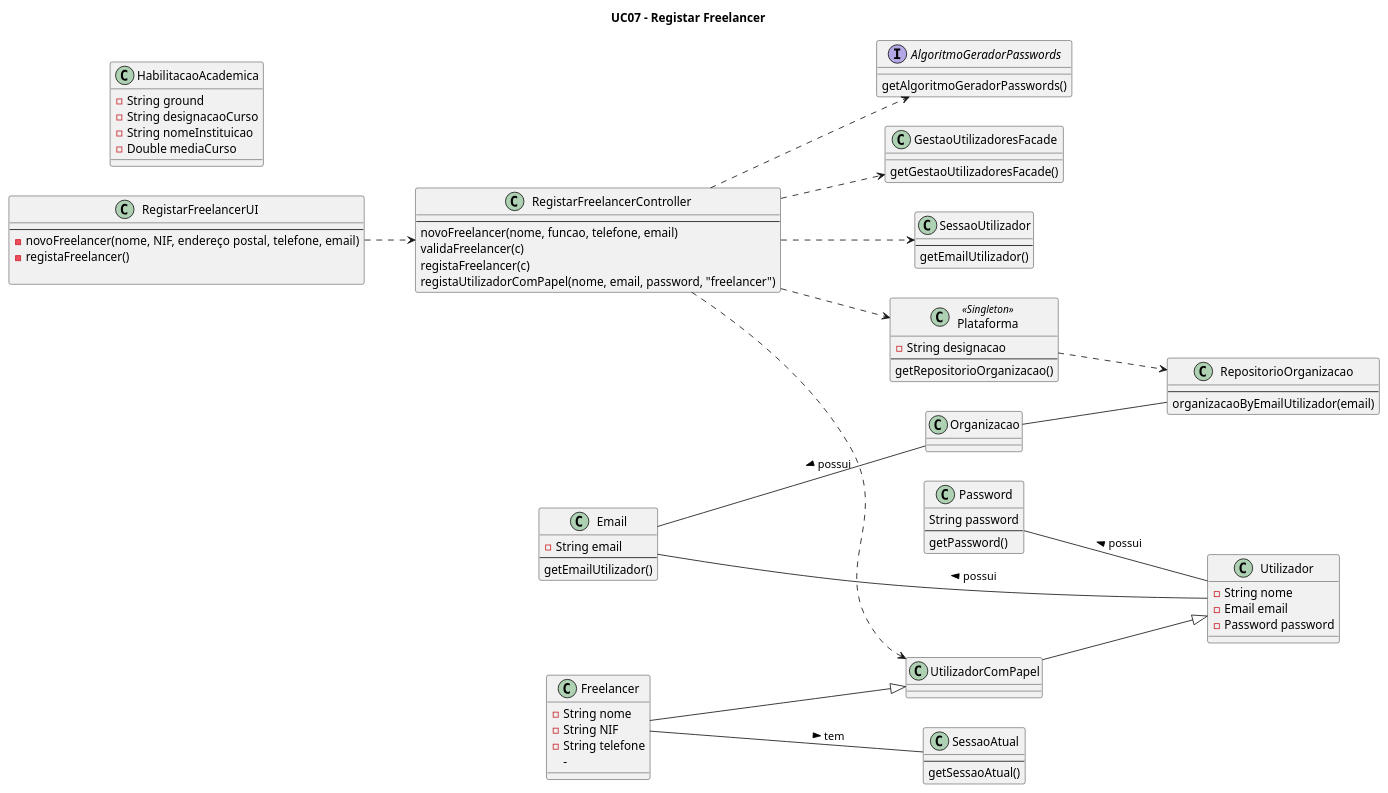
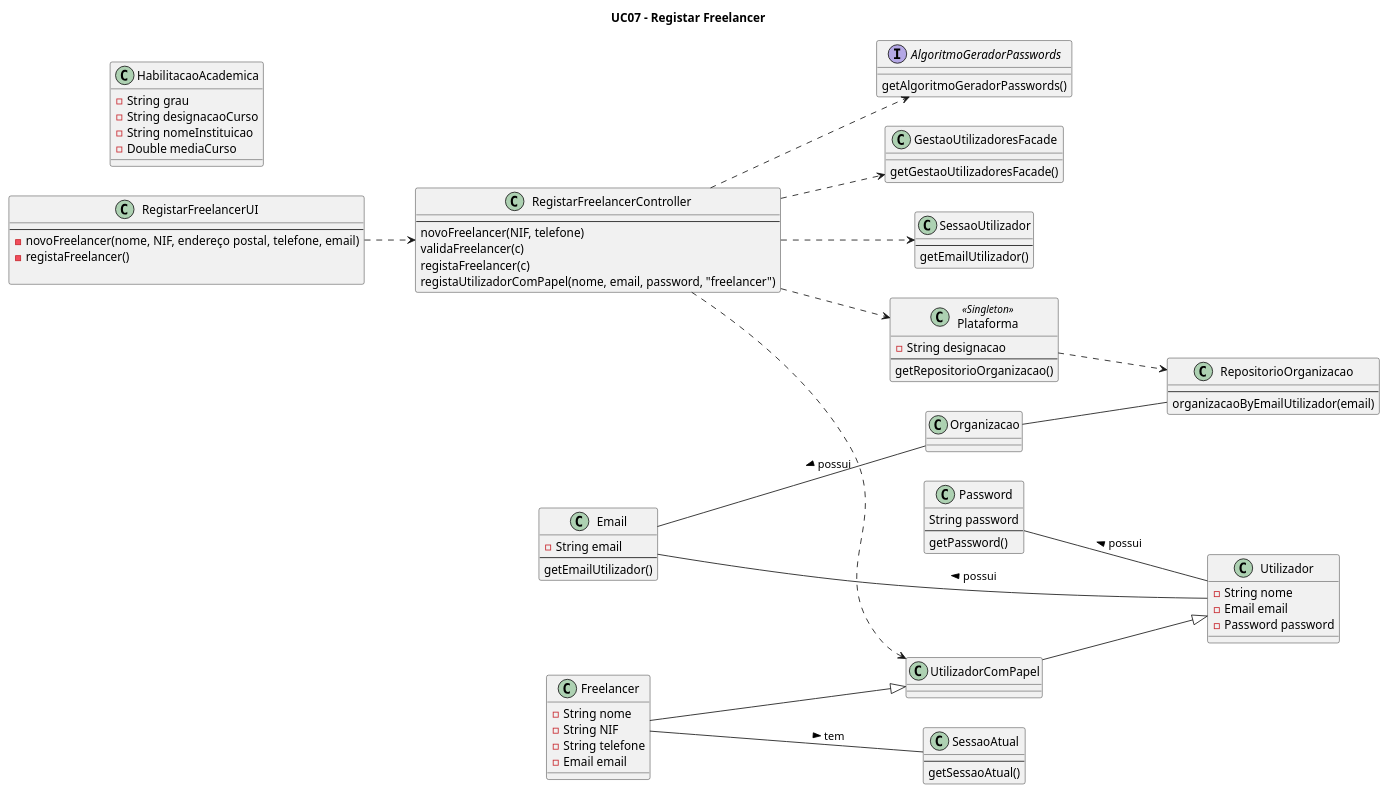
One commit to blestonbandeiraUPSKILL/upskill_java1_labprg_grupo2 changed the diagram in Documentação/Sprint 3/UC07_Registar_Freelancer/UC07_Registar_Freelancer_Diagrama_Classes.puml. Above: the diagram before and after it, drawn with PlantUML.

```diff
--- a/Documentação/Sprint 3/UC07_Registar_Freelancer/UC07_Registar_Freelancer_Diagrama_Classes.puml
+++ b/Documentação/Sprint 3/UC07_Registar_Freelancer/UC07_Registar_Freelancer_Diagrama_Classes.puml
@@ -1,104 +1,104 @@
 @startuml
 
 title UC07 - Registar Freelancer
 
 left to right direction
 
 class Plataforma <<Singleton>> {
     -String designacao
     --
     getRepositorioOrganizacao()
 }
 
 class RegistarFreelancerUI{
     --
     -novoFreelancer(nome, NIF, endereço postal, telefone, email)
     -registaFreelancer()
 
 }
 
 class RegistarFreelancerController{
     --
-    novoFreelancer(nome, funcao, telefone, email)
+    novoFreelancer(NIF, telefone)
     validaFreelancer(c)
     registaFreelancer(c)
     registaUtilizadorComPapel(nome, email, password, "freelancer")
 }
 
 class Freelancer {
     -String nome
     -String NIF
     -String telefone
-    -
+    -Email email
 }
 
 class HabilitacaoAcademica {
-    -String ground
+    -String grau
     -String designacaoCurso
     -String nomeInstituicao
     -Double mediaCurso
 }
 
 class Utilizador {
     -String nome
     -Email email
     -Password password
 }
 
 class GestaoUtilizadoresFacade{
     getGestaoUtilizadoresFacade()
 }
 
 class SessaoAtual{
     --
     getSessaoAtual()
 }
 
 class SessaoUtilizador{
     --
     getEmailUtilizador()
 }
 
 class RepositorioOrganizacao{
     --
     organizacaoByEmailUtilizador(email)
 }
 
 interface AlgoritmoGeradorPasswords{
     getAlgoritmoGeradorPasswords()
 }
 
 class Password{
     String password
     --
     getPassword()
 }
 
 class UtilizadorComPapel{
 }
 
 
 class Email {
     -String email
     --
     getEmailUtilizador()
 }
 
 RegistarFreelancerUI ..> RegistarFreelancerController
 RegistarFreelancerController ..> Plataforma
 RegistarFreelancerController ..> GestaoUtilizadoresFacade
 RegistarFreelancerController ..> SessaoUtilizador
 
 Freelancer --|> UtilizadorComPapel
 UtilizadorComPapel --|> Utilizador
 Email -- Utilizador: < possui
 Password -- Utilizador: < possui
 Email -- Organizacao: < possui
 Organizacao -- RepositorioOrganizacao
 Freelancer -- SessaoAtual: tem >
 RegistarFreelancerController ..> UtilizadorComPapel
 RegistarFreelancerController ..> AlgoritmoGeradorPasswords
 Plataforma ..> RepositorioOrganizacao
 
 
 @enduml
```
